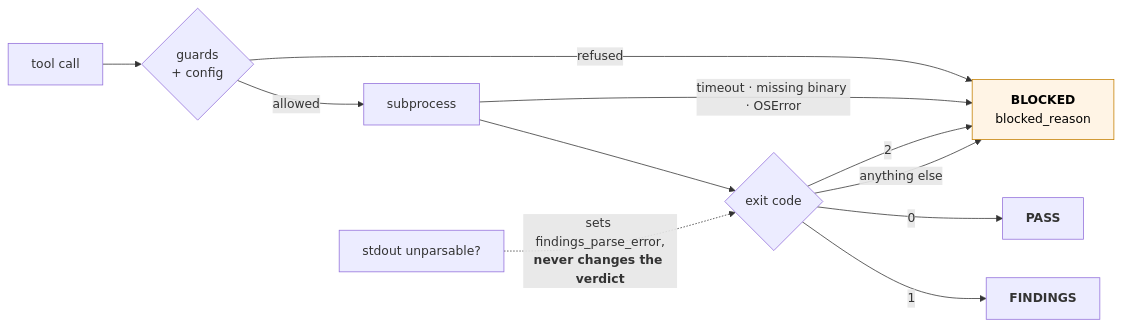
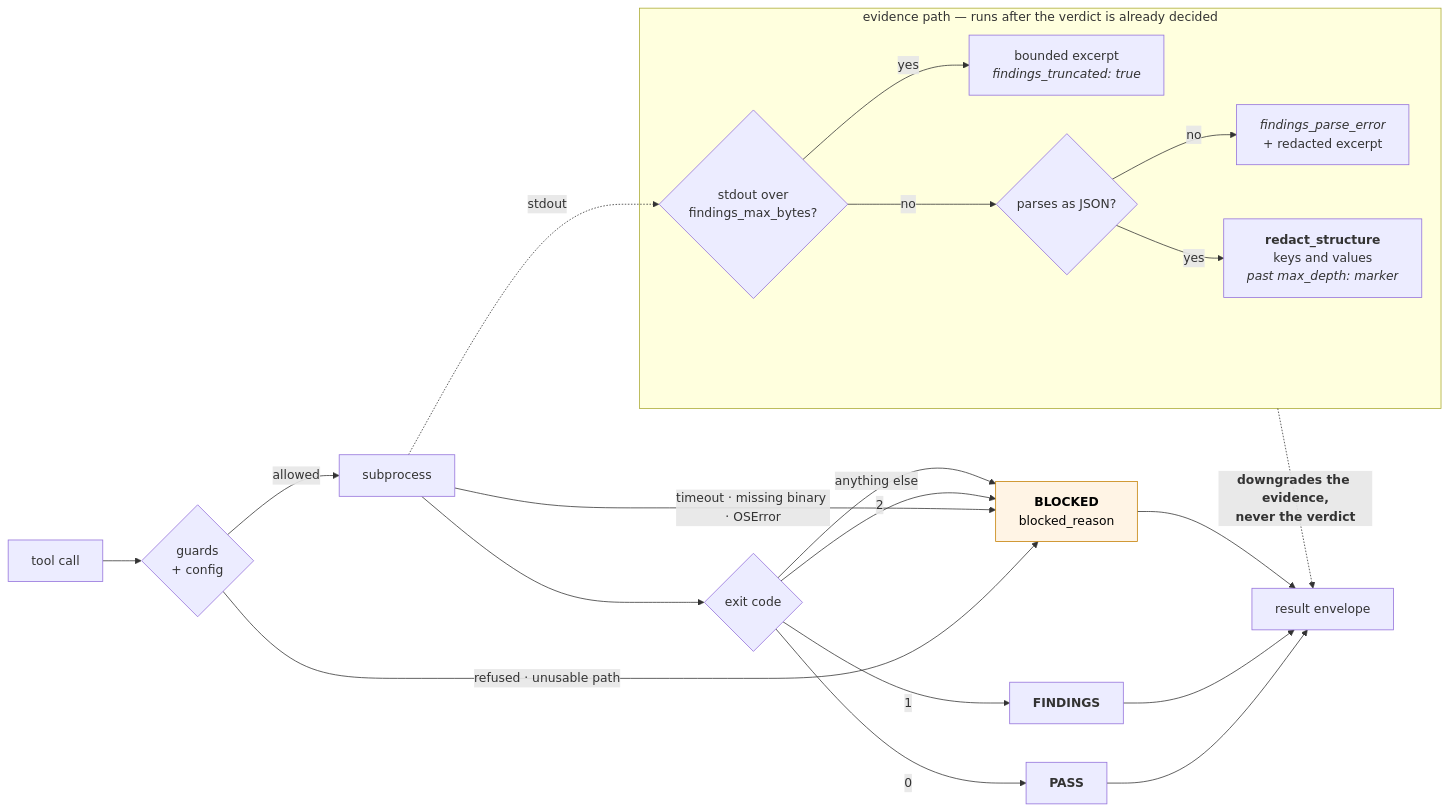
One commit to ianshank/Foundry-week-1 changed the fourth of 5 diagrams in docs/architecture/C4.md. Above: the diagram before and after it, drawn with Mermaid. The commit also changed other lines of this file and 27 other files, not shown here.

````diff
--- a/docs/architecture/C4.md
+++ b/docs/architecture/C4.md
@@ -163,17 +168,30 @@
 ```mermaid
 flowchart LR
     call["tool call"] --> guard{"guards<br/>+ config"}
-    guard -->|"refused"| blocked["<b>BLOCKED</b><br/>blocked_reason"]
+    guard -->|"refused · unusable path"| blocked["<b>BLOCKED</b><br/>blocked_reason"]
     guard -->|"allowed"| exec["subprocess"]
     exec -->|"timeout · missing binary · OSError"| blocked
     exec --> code{"exit code"}
     code -->|"0"| pass_["<b>PASS</b>"]
     code -->|"1"| findings["<b>FINDINGS</b>"]
     code -->|"2"| blocked
     code -->|"anything else"| blocked
 
-    payload["stdout unparsable?"] -.->|"sets findings_parse_error,<br/><b>never changes the verdict</b>"| code
+    pass_ --> envelope["result envelope"]
+    findings --> envelope
+    blocked --> envelope
+
+    subgraph evid["evidence path — runs after the verdict is already decided"]
+        size{"stdout over<br/>findings_max_bytes?"}
+        size -->|"yes"| trunc["bounded excerpt<br/><i>findings_truncated: true</i>"]
+        size -->|"no"| parse{"parses as JSON?"}
+        parse -->|"no"| perr["<i>findings_parse_error</i><br/>+ redacted excerpt"]
+        parse -->|"yes"| red["<b>redact_structure</b><br/>keys and values<br/><i>past max_depth: marker</i>"]
+    end
+
+    exec -.->|"stdout"| size
+    evid -.->|"<b>downgrades the evidence,<br/>never the verdict</b>"| envelope
 
     classDef b fill:#fff4e5,stroke:#c47f00,color:#000
     class blocked b
 ```
````
